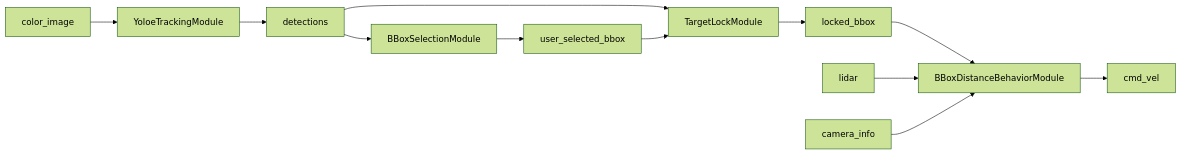
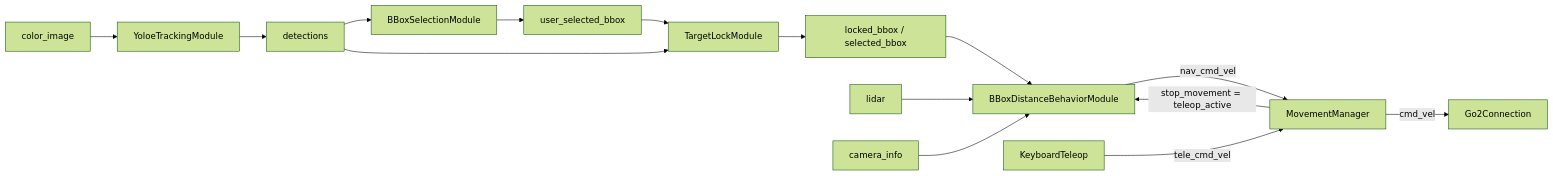
The second of 3 diagrams in dimos/robot/custom/README.md (dimensionalOS/dimos), drawn with Mermaid (forest theme) before and after one commit. The commit also changed other lines of this file and 3 other files, not shown here.

````diff
--- a/dimos/robot/custom/README.md
+++ b/dimos/robot/custom/README.md
@@ -86,14 +95,17 @@
 ```mermaid
 flowchart LR
     C[color_image] --> Y[YoloeTrackingModule]
     Y --> D[detections]
     D --> S[BBoxSelectionModule]
     S --> USB[user_selected_bbox]
     D --> T[TargetLockModule]
     USB --> T
-    T --> LB[locked_bbox]
+    T --> LB[locked_bbox / selected_bbox]
     LB --> B[BBoxDistanceBehaviorModule]
     L[lidar] --> B
     I[camera_info] --> B
-    B --> V[cmd_vel]
+    B -->|nav_cmd_vel| MM[MovementManager]
+    KB[KeyboardTeleop] -->|tele_cmd_vel| MM
+    MM -->|cmd_vel| V[Go2Connection]
+    MM -->|stop_movement = teleop_active| B
 ```
````
